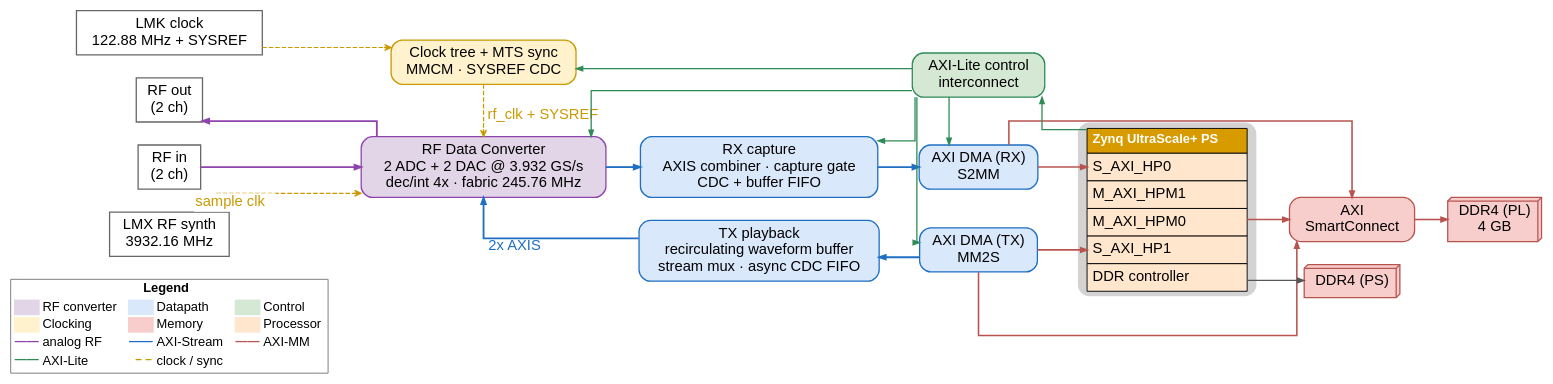
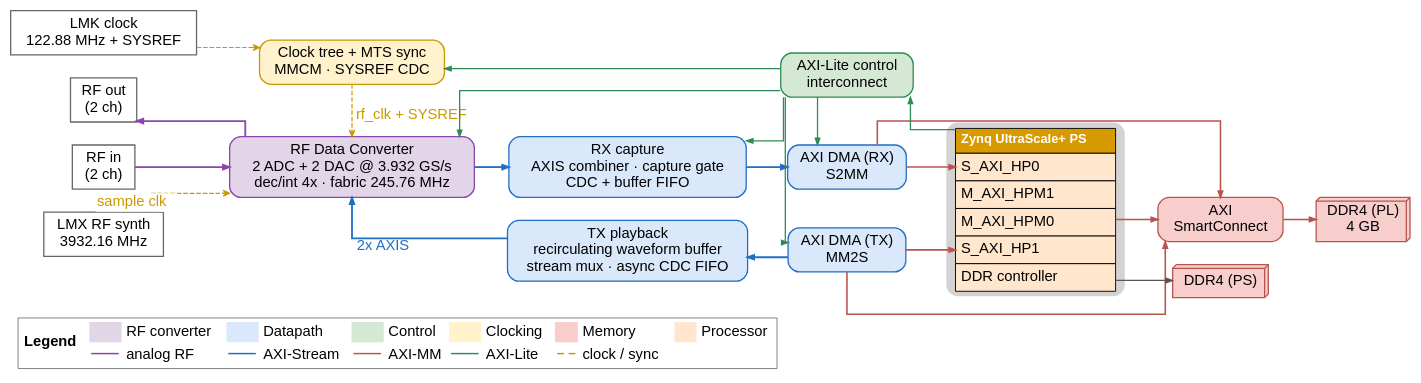
Before and after one commit to ali-rasteh/rfsoc-sdr: the diagram in vivado/sounder_bbf_sivers_ddr4_2x2/arch_diagrams/8_paper_system_architecture.dot, drawn with Graphviz. The commit also changed 1 other file, not shown here.

```diff
--- a/vivado/sounder_bbf_sivers_ddr4_2x2/arch_diagrams/8_paper_system_architecture.dot
+++ b/vivado/sounder_bbf_sivers_ddr4_2x2/arch_diagrams/8_paper_system_architecture.dot
@@ -1,102 +1,97 @@
 digraph "paper_system_architecture" {
+  /* The legend is the GRAPH LABEL, not a node: a node would join the leftmost rank column
+     and its width would add to the figure width (a 2-row legend as a node pushed the figure
+     to 1922pt, shrinking node text to 4.1pt in print). As the graph label it sits in its own
+     band under the drawing, so a wide legend costs no width at all. */
   graph [rankdir=LR, splines=ortho, nodesep=0.35, ranksep=0.5, fontname="Helvetica",
-         bgcolor="white", forcelabels=true, pack=false];
+         bgcolor="white", forcelabels=true, pack=false,
+         labelloc="b", labeljust="l",
+         label=<<table border="1" color="#777777" cellborder="0" cellspacing="3" cellpadding="2" bgcolor="white">
+    <tr><td rowspan="2" align="center"><font point-size="16"><b>Legend</b></font></td><td bgcolor="#E1D5E7" width="24"><font point-size="4"> </font></td><td align="left"><font point-size="16">RF converter</font></td><td bgcolor="#DAE8FC" width="24"><font point-size="4"> </font></td><td align="left"><font point-size="16">Datapath</font></td><td bgcolor="#D5E8D4" width="24"><font point-size="4"> </font></td><td align="left"><font point-size="16">Control</font></td><td bgcolor="#FFF2CC" width="24"><font point-size="4"> </font></td><td align="left"><font point-size="16">Clocking</font></td><td bgcolor="#F8CECC" width="24"><font point-size="4"> </font></td><td align="left"><font point-size="16">Memory</font></td><td bgcolor="#FFE6CC" width="24"><font point-size="4"> </font></td><td align="left"><font point-size="16">Processor</font></td></tr>
+    <tr><td align="right"><font color="#8E44AD" point-size="15"><b>&#8213;&#8213;</b></font></td><td align="left"><font point-size="16">analog RF</font></td><td align="right"><font color="#1F6FC4" point-size="15"><b>&#8213;&#8213;</b></font></td><td align="left"><font point-size="16">AXI-Stream</font></td><td align="right"><font color="#B85450" point-size="15"><b>&#8213;&#8213;</b></font></td><td align="left"><font point-size="16">AXI-MM</font></td><td align="right"><font color="#2E8B57" point-size="15"><b>&#8213;&#8213;</b></font></td><td align="left"><font point-size="16">AXI-Lite</font></td><td align="right"><font color="#C99A00" point-size="15"><b>&#8211; &#8211;</b></font></td><td align="left"><font point-size="16">clock / sync</font></td><td> </td><td> </td></tr>
+  </table>>];
   node  [fontname="Helvetica", fontsize=16, shape=box, style="filled,rounded",
          penwidth=1.4, margin="0.14,0.09"];
   edge  [fontname="Helvetica", fontsize=16, penwidth=1.4, arrowsize=0.7];
 
   /* ---------- nodes (declared top-to-bottom per column) ---------- */
   /* external ports: plain square-cornered white boxes (distinct from the rounded fabric blocks) */
   "rf_in"   [label="RF in\n(2 ch)",  shape=box,      fillcolor="#FFFFFF", color="#666666", style="filled", fontsize=16];
   "rf_out"  [label="RF out\n(2 ch)", shape=box,      fillcolor="#FFFFFF", color="#666666", style="filled", fontsize=16];
   "clk_lmx" [label="LMX RF synth\n3932.16 MHz",      shape=box, fillcolor="#FFFFFF", color="#666666", style="filled", fontsize=16];
   "clk_lmk" [label="LMK clock\n122.88 MHz + SYSREF", shape=box, fillcolor="#FFFFFF", color="#666666", style="filled", fontsize=16];
 
   "rfdc" [label="RF Data Converter\n2 ADC + 2 DAC @ 3.932 GS/s\ndec/int 4x · fabric 245.76 MHz",
           fillcolor="#E1D5E7", color="#8E44AD"];
   "clktree" [label="Clock tree + MTS sync\nMMCM · SYSREF CDC", fillcolor="#FFF2CC", color="#C99A00"];
 
   "rx_cap" [label="RX capture\nAXIS combiner · capture gate\nCDC + buffer FIFO", fillcolor="#DAE8FC", color="#1F6FC4"];
   "tx_pb"  [label="TX playback\nrecirculating waveform buffer\nstream mux · async CDC FIFO", fillcolor="#DAE8FC", color="#1F6FC4"];
 
   "dma_rx" [label="AXI DMA (RX)\nS2MM", fillcolor="#DAE8FC", color="#1F6FC4"];
   "ctrl"   [label="AXI-Lite control\ninterconnect", fillcolor="#D5E8D4", color="#2E8B57"];
   "dma_tx" [label="AXI DMA (TX)\nMM2S", fillcolor="#DAE8FC", color="#1F6FC4"];
 
   "ps" [shape=plaintext, label=<<table border="0" cellborder="1" cellspacing="0" cellpadding="5" bgcolor="white">
     <tr><td bgcolor="#D79B00"><font color="white" point-size="14"><b>Zynq UltraScale+ PS</b></font></td></tr>
     <tr><td port="hp0"  align="left" bgcolor="#FFE6CC"><font point-size="16">S_AXI_HP0</font></td></tr>
     <tr><td port="hpm1" align="left" bgcolor="#FFE6CC"><font point-size="16">M_AXI_HPM1</font></td></tr>
     <tr><td port="hpm0" align="left" bgcolor="#FFE6CC"><font point-size="16">M_AXI_HPM0</font></td></tr>
     <tr><td port="hp1"  align="left" bgcolor="#FFE6CC"><font point-size="16">S_AXI_HP1</font></td></tr>
     <tr><td port="ddrc" align="left" bgcolor="#FFE6CC"><font point-size="16">DDR controller</font></td></tr>
   </table>>];
 
   "sc"     [label="AXI\nSmartConnect", fillcolor="#F8CECC", color="#B85450"];
   "ddr4ps" [label="DDR4 (PS)", shape=box3d, style="filled", fillcolor="#F8CECC", color="#B85450"];
   "ddr4pl" [label="DDR4 (PL)\n4 GB", shape=box3d, style="filled", fillcolor="#F8CECC", color="#B85450"];
 
   /* ---------- rank columns ---------- */
-  /* legend sits below the external-input column: fills dead space without widening the canvas */
-  { rank=same; "rf_in"; "rf_out"; "clk_lmx"; "clk_lmk"; "legend"; }
+  { rank=same; "rf_in"; "rf_out"; "clk_lmx"; "clk_lmk"; }
   "clk_lmk" -> "rf_out" [style=invis];
   "rf_out" -> "rf_in"   [style=invis];
   "rf_in" -> "clk_lmx"  [style=invis];
-  "clk_lmx" -> "legend" [style=invis];
   { rank=same; "rfdc"; "clktree"; }
   { rank=same; "rx_cap"; "tx_pb"; }
   /* nudge ctrl clear of dma_rx: without the extra separation the PS -> ctrl arrow has no
      room for a riser and its arrowhead lands on top of its own horizontal approach */
   { rank=same; "ctrl"; "ctrlgap"; "dma_rx"; "dma_tx"; }
   "ctrlgap" [shape=box, style=invis, label="", width=0.02, height=0.02, fixedsize=true];
   "ctrl" -> "ctrlgap"   [style=invis];
   "ctrlgap" -> "dma_rx" [style=invis];
   { rank=same; "sc"; "ddr4ps"; }
 
   /* ---------- analog RF ---------- */
   "rf_in" -> "rfdc" [color="#8E44AD", style=solid, penwidth=2.0, weight=8];
   "rfdc" -> "rf_out" [color="#8E44AD", style=solid, penwidth=2.0, constraint=false, weight=8];
 
   /* ---------- AXI-Stream data ---------- */
   "rfdc" -> "rx_cap" [color="#1F6FC4", style=solid, penwidth=2.0, xlabel="", fontcolor="#1F6FC4"];
   "rx_cap" -> "dma_rx" [color="#1F6FC4", style=solid, penwidth=2.0];
   "dma_tx" -> "tx_pb" [color="#1F6FC4", style=solid, penwidth=2.0, constraint=false];
   "tx_pb" -> "rfdc" [color="#1F6FC4", style=solid, penwidth=2.0, xlabel="2x AXIS", fontcolor="#1F6FC4", constraint=false];
 
   /* ---------- AXI-MM memory ---------- */
   "dma_rx" -> "ps":"hp0":w [color="#B85450", style=solid, penwidth=1.7];
   "dma_tx" -> "ps":"hp1":w [color="#B85450", style=solid, penwidth=1.7];
   "dma_rx" -> "sc" [color="#B85450", style=solid, penwidth=1.7];
   "dma_tx" -> "sc" [color="#B85450", style=solid, penwidth=1.7];
   "ps":"hpm0":e -> "sc" [color="#B85450", style=solid, penwidth=1.7];
   "sc" -> "ddr4pl" [color="#B85450", style=solid, penwidth=1.7];
   "ps":"ddrc":e -> "ddr4ps" [color="#555555", style=solid, penwidth=1.4];
 
   /* ---------- AXI-Lite control ---------- */
   "ps":"hpm1":w -> "ctrl" [color="#2E8B57", style=solid, penwidth=1.4, constraint=false];
   "ctrl" -> "rfdc"    [color="#2E8B57", style=solid, penwidth=1.4, constraint=false];
   "ctrl" -> "rx_cap"  [color="#2E8B57", style=solid, penwidth=1.4, constraint=false];
   "ctrl" -> "dma_rx"  [color="#2E8B57", style=solid, penwidth=1.4];
   "ctrl" -> "dma_tx"  [color="#2E8B57", style=solid, penwidth=1.4];
   "ctrl" -> "clktree" [color="#2E8B57", style=solid, penwidth=1.4, constraint=false];
 
   /* ---------- clocking ---------- */
   "clk_lmk" -> "clktree" [color="#C99A00", style=dashed, penwidth=1.3, arrowhead=vee];
   /* leading newline keeps this label off the analog RF run into rf_out */
   "clktree" -> "rfdc" [color="#C99A00", style=dashed, penwidth=1.3, arrowhead=vee, xlabel="\nrf_clk + SYSREF", fontcolor="#C99A00"];
   /* this label lands on its own vertical stub: opaque box breaks the line behind the text */
   "clk_lmx" -> "rfdc" [color="#C99A00", style=dashed, penwidth=1.3, arrowhead=vee,
                        xlabel=<<table border="0" cellborder="0" cellspacing="0" cellpadding="1" bgcolor="white"><tr><td><font color="#C99A00" point-size="16">sample clk</font></td></tr></table>>];
-
-  /* ---------- legend ---------- */
-  /* wide-and-short: 3 swatch/label pairs per row, fills then line classes.
-     Legend text is 14pt (vs 16pt for diagram nodes) so the wider table does not
-     push the whole figure wide enough to drop node text below ~5pt in print. */
-  "legend" [shape=plaintext, margin=0, label=<<table border="1" color="#777777" cellborder="0" cellspacing="2" cellpadding="1" bgcolor="white">
-    <tr><td colspan="6" align="center"><font point-size="14"><b>Legend</b></font></td></tr>
-    <tr><td bgcolor="#E1D5E7" width="18"><font point-size="4"> </font></td><td align="left"><font point-size="14">RF converter</font></td><td bgcolor="#DAE8FC" width="18"><font point-size="4"> </font></td><td align="left"><font point-size="14">Datapath</font></td><td bgcolor="#D5E8D4" width="18"><font point-size="4"> </font></td><td align="left"><font point-size="14">Control</font></td></tr>
-    <tr><td bgcolor="#FFF2CC" width="18"><font point-size="4"> </font></td><td align="left"><font point-size="14">Clocking</font></td><td bgcolor="#F8CECC" width="18"><font point-size="4"> </font></td><td align="left"><font point-size="14">Memory</font></td><td bgcolor="#FFE6CC" width="18"><font point-size="4"> </font></td><td align="left"><font point-size="14">Processor</font></td></tr>
-    <tr><td align="right"><font color="#8E44AD" point-size="13"><b>&#8213;&#8213;</b></font></td><td align="left"><font point-size="14">analog RF</font></td><td align="right"><font color="#1F6FC4" point-size="13"><b>&#8213;&#8213;</b></font></td><td align="left"><font point-size="14">AXI-Stream</font></td><td align="right"><font color="#B85450" point-size="13"><b>&#8213;&#8213;</b></font></td><td align="left"><font point-size="14">AXI-MM</font></td></tr>
-    <tr><td align="right"><font color="#2E8B57" point-size="13"><b>&#8213;&#8213;</b></font></td><td align="left"><font point-size="14">AXI-Lite</font></td><td align="right"><font color="#C99A00" point-size="13"><b>&#8211; &#8211;</b></font></td><td align="left"><font point-size="14">clock / sync</font></td><td> </td><td> </td></tr>
-  </table>>];
 }
```
